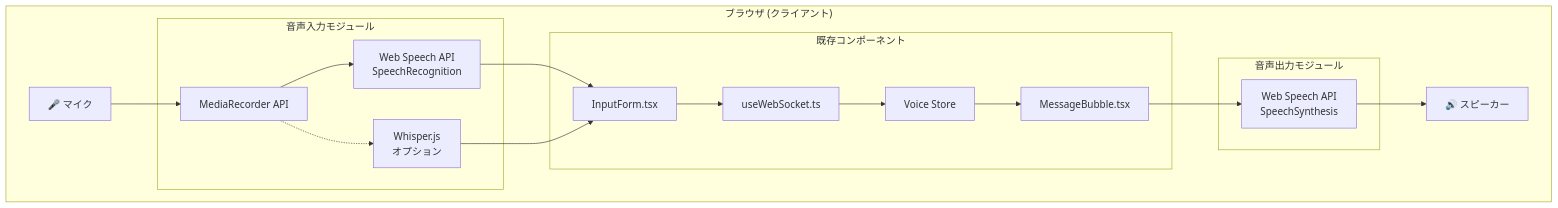
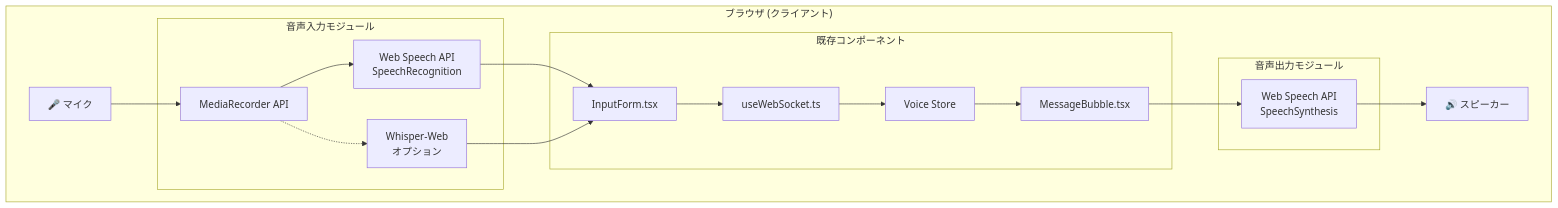
The ninth of 11 diagrams in docs/design.md (windschord/claude-work), drawn with Mermaid before and after one commit. The commit also changed other lines of this file, not shown here.

Commit message:
fix: Whisper命名統一とディレクトリ構造にbrowser-support.ts追加
- MermaidダイアグラムでWhisper.jsをWhisper-Webに統一
- lib/voice/ディレクトリにbrowser-support.tsを追加（コード参照と一致）

````diff
--- a/docs/design.md
+++ b/docs/design.md
@@ -1257,38 +1257,38 @@
 ```mermaid
 graph TD
     subgraph "ブラウザ (クライアント)"
         Mic[🎤 マイク]
         Speaker[🔊 スピーカー]
 
         subgraph "音声入力モジュール"
             MediaRecorder[MediaRecorder API]
             SpeechRecognition[Web Speech API<br/>SpeechRecognition]
-            WhisperJS[Whisper.js<br/>オプション]
+            WhisperJS[Whisper-Web<br/>オプション]
         end
 
         subgraph "音声出力モジュール"
             SpeechSynthesis[Web Speech API<br/>SpeechSynthesis]
         end
 
         subgraph "既存コンポーネント"
             InputForm[InputForm.tsx]
             MessageBubble[MessageBubble.tsx]
             WebSocketHook[useWebSocket.ts]
             VoiceStore[Voice Store]
         end
     end
 
     Mic --> MediaRecorder
     MediaRecorder --> SpeechRecognition
     MediaRecorder -.-> WhisperJS
 
     SpeechRecognition --> InputForm
     WhisperJS --> InputForm
 
     InputForm --> WebSocketHook
     WebSocketHook --> VoiceStore
 
     VoiceStore --> MessageBubble
     MessageBubble --> SpeechSynthesis
     SpeechSynthesis --> Speaker
 ```
````
